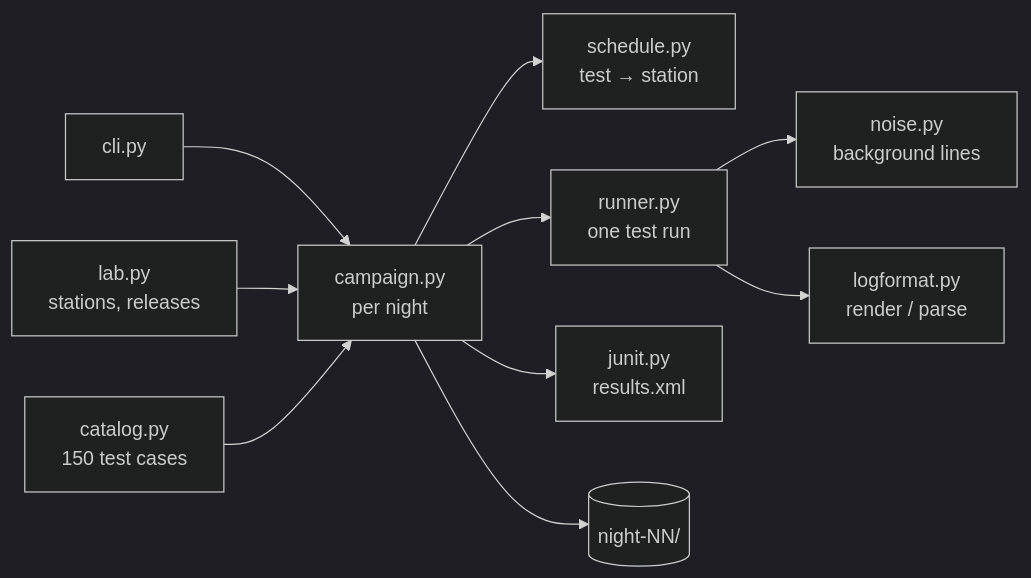
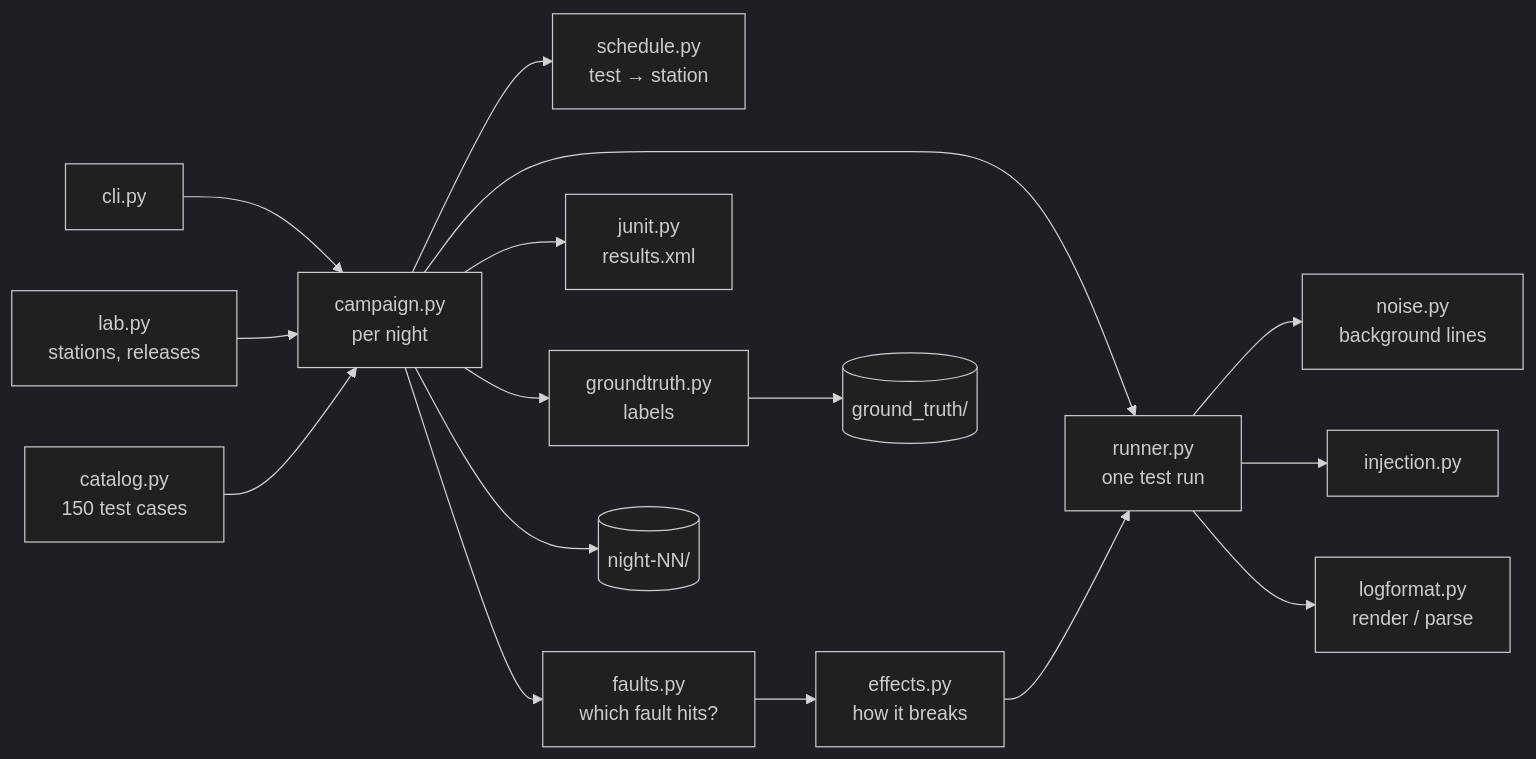
Before and after one commit to SaifulAbir/triagelens: the diagram in simulator/README.md, drawn with Mermaid (dark theme). The commit also changed other lines of this file and 17 other files, not shown here.

First line of the commit message:
TL-17: Simulator fault injection, novel faults and ground truth (#3)

````diff
--- a/simulator/README.md
+++ b/simulator/README.md
@@ -48,12 +90,18 @@
 ```mermaid
 flowchart LR
     CLI[cli.py] --> CMP[campaign.py<br/>per night]
     LAB[lab.py<br/>stations, releases] --> CMP
     CAT[catalog.py<br/>150 test cases] --> CMP
     CMP --> SCH[schedule.py<br/>test → station]
+    CMP --> FLT[faults.py<br/>which fault hits?]
+    FLT --> EFF[effects.py<br/>how it breaks]
     CMP --> RUN[runner.py<br/>one test run]
+    EFF --> RUN
     RUN --> NOI[noise.py<br/>background lines]
+    RUN --> INJ[injection.py]
     RUN --> FMT[logformat.py<br/>render / parse]
     CMP --> JU[junit.py<br/>results.xml]
+    CMP --> GT[groundtruth.py<br/>labels]
     CMP --> OUT[(night-NN/)]
+    GT --> TRUTH[(ground_truth/)]
 ```
````
